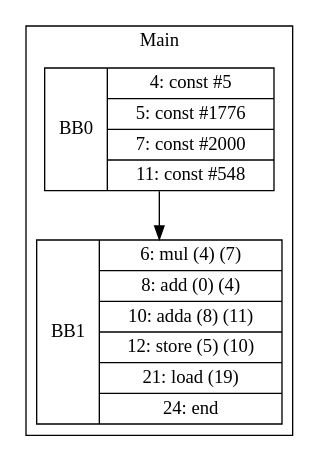
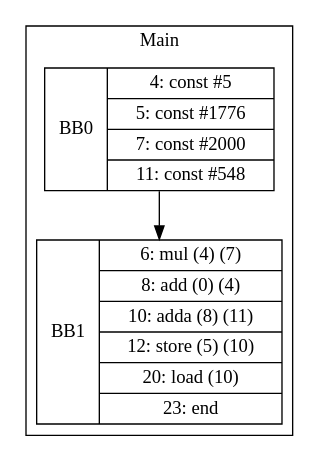
The diagram in visualization/jmcgowa/Array1_2_adv.gv (zjc664656505/UCI-CS241-Advanced-Compiler-main), drawn with Graphviz before and after one commit. The commit also changed 40 other files, not shown here.

```diff
--- a/visualization/jmcgowa/Array1_2_adv.gv
+++ b/visualization/jmcgowa/Array1_2_adv.gv
@@ -1,9 +1,9 @@
 digraph G {
 node [shape=record];
 subgraph cluster_main{
 label = "Main";
 BB0 [shape=record, label="<b>BB0|{4: const #5|5: const #1776|7: const #2000|11: const #548}"];
-BB1 [shape=record, label="<b>BB1|{6: mul (4) (7)|8: add (0) (4)|10: adda (8) (11)|12: store (5) (10)|21: load (19)|24: end}"];
+BB1 [shape=record, label="<b>BB1|{6: mul (4) (7)|8: add (0) (4)|10: adda (8) (11)|12: store (5) (10)|20: load (10)|23: end}"];
 }
 BB0:s -> BB1:n ;
 }
```
